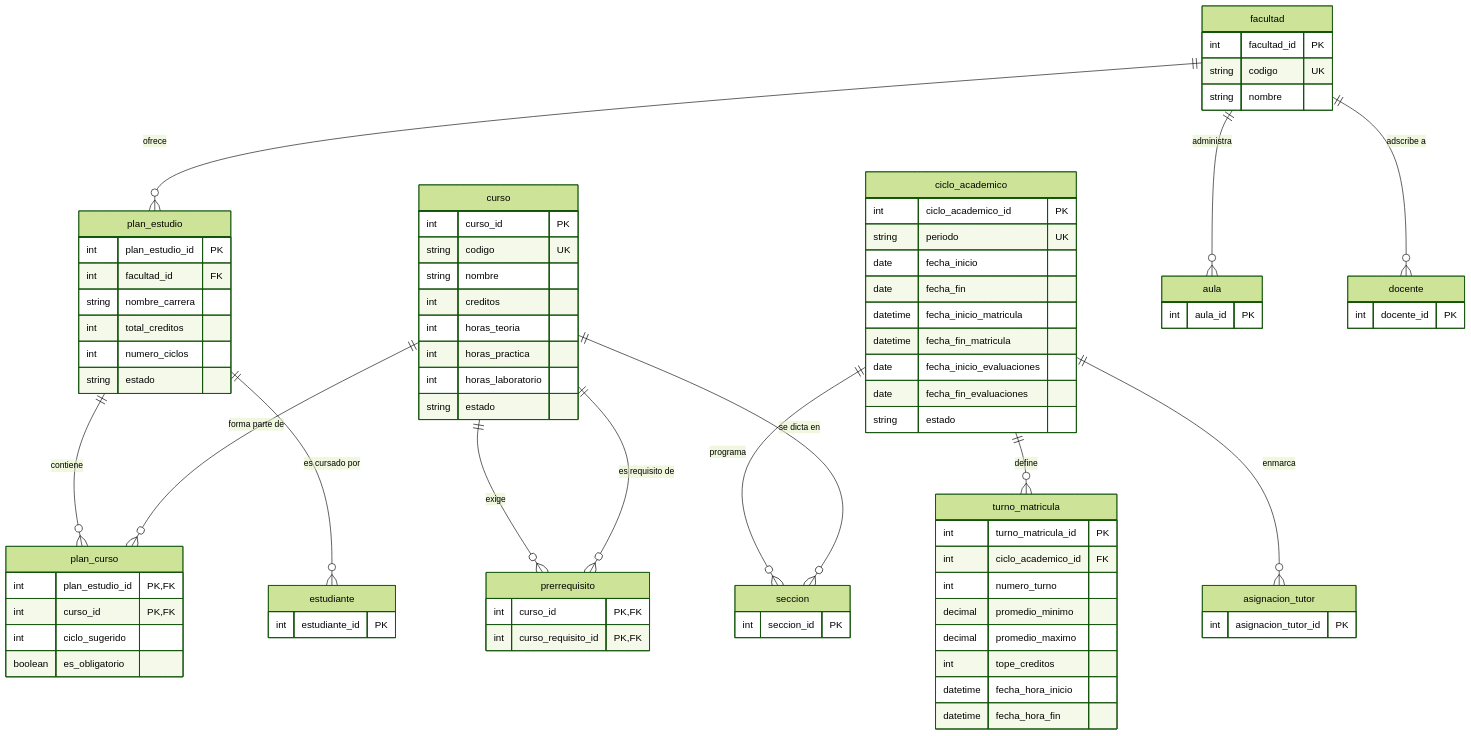
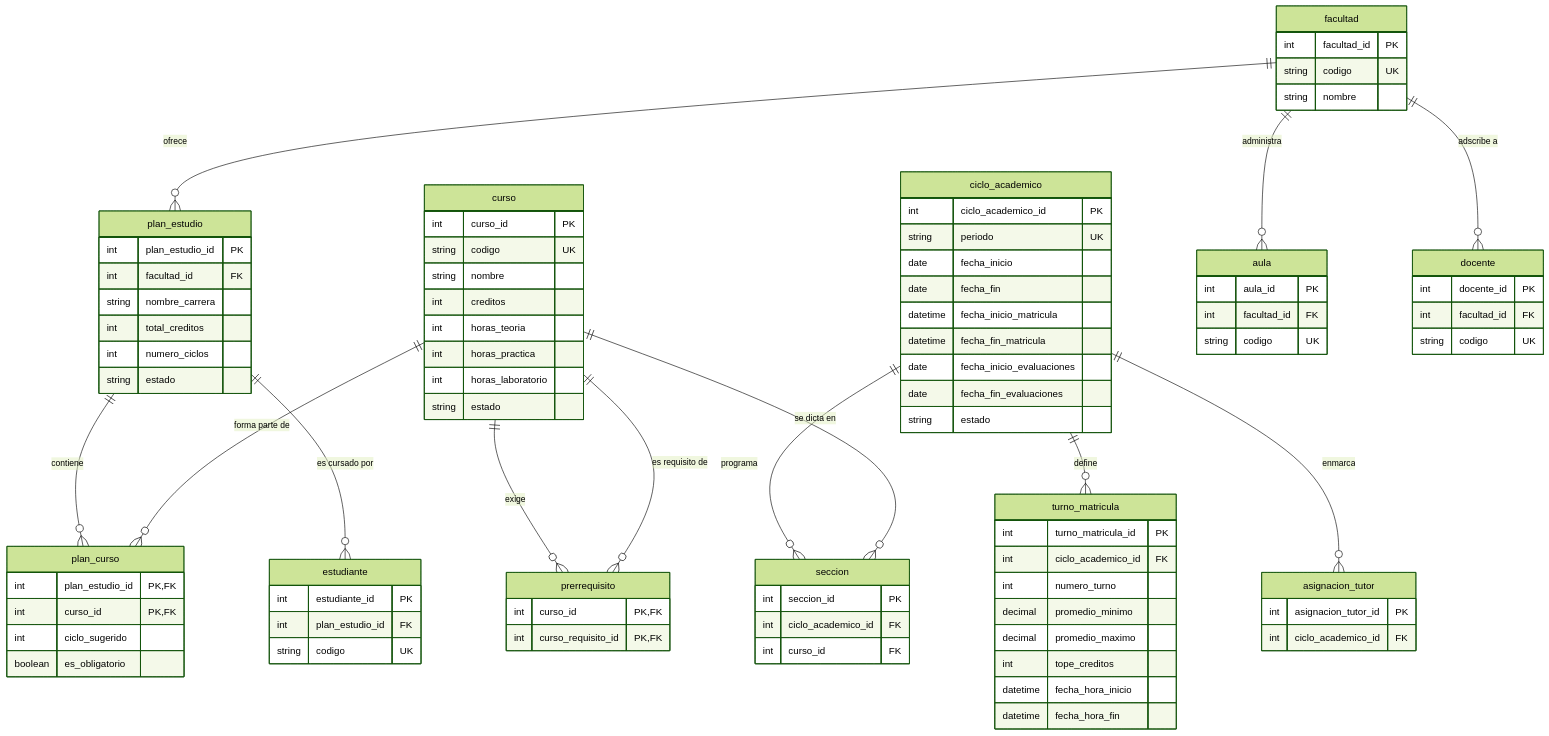
One commit to Marco-Gomez06/UNI-pre-202602-SW609-Grupo3 changed the diagram in 3/3.3/3.3.1/3.3.1.1/3.3.1.1.md. Above: the diagram before and after it, drawn with Mermaid (forest theme). The commit also changed other lines of this file and 11 other files, not shown here.

Commit message:
fix de diagramas

```diff
--- a/3/3.3/3.3.1/3.3.1.1/3.3.1.1.md
+++ b/3/3.3/3.3.1/3.3.1.1/3.3.1.1.md
@@ -62,18 +64,27 @@
     }
     aula {
         int aula_id PK
+        int facultad_id FK
+        string codigo UK
     }
     docente {
         int docente_id PK
+        int facultad_id FK
+        string codigo UK
     }
     estudiante {
         int estudiante_id PK
+        int plan_estudio_id FK
+        string codigo UK
     }
     seccion {
         int seccion_id PK
+        int ciclo_academico_id FK
+        int curso_id FK
     }
     asignacion_tutor {
         int asignacion_tutor_id PK
+        int ciclo_academico_id FK
     }
     facultad ||--o{ plan_estudio : "ofrece"
     facultad ||--o{ aula : "administra"
```
